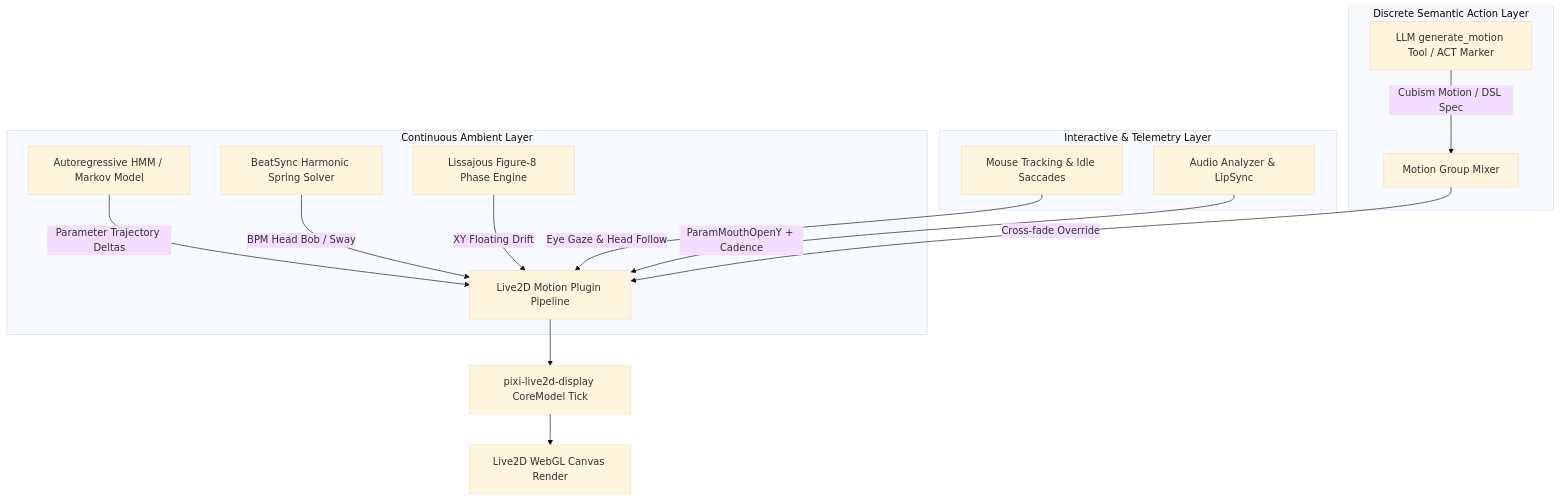
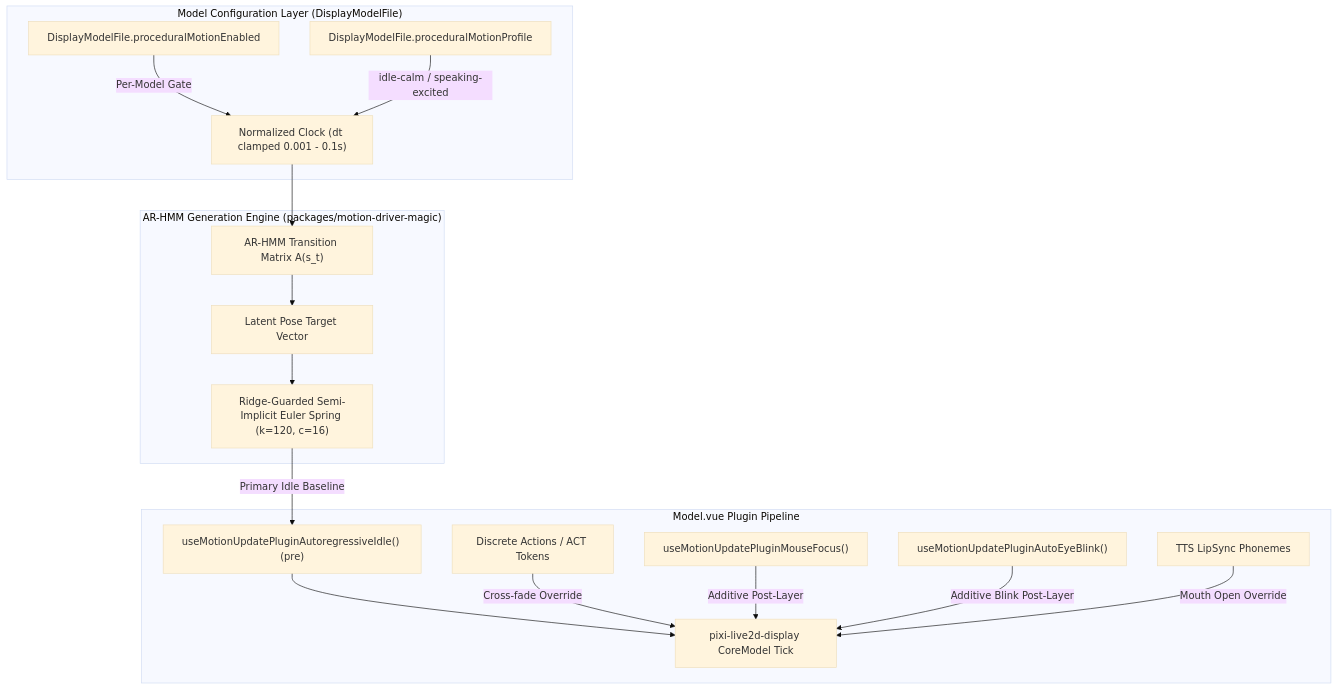
Before and after one commit to 7n1m4/7n1m4: the diagram in docs/design-live2d-autoregressive-motion.md, drawn with Mermaid (base theme). The commit also changed other lines of this file, not shown here.

Commit message:
docs(motion): formalize autoregressive live2d porting strategy and stabilization fixes

````diff
--- a/docs/design-live2d-autoregressive-motion.md
+++ b/docs/design-live2d-autoregressive-motion.md
@@ -31,21 +50,22 @@
 ```mermaid
 graph TD
-    subgraph "Continuous Ambient Layer"
-        A[Autoregressive HMM / Markov Model] -->|Parameter Trajectory Deltas| D[Live2D Motion Plugin Pipeline]
-        B[BeatSync Harmonic Spring Solver] -->|BPM Head Bob / Sway| D
-        C[Lissajous Figure-8 Phase Engine] -->|XY Floating Drift| D
+    subgraph "Model Configuration Layer (DisplayModelFile)"
+        A["DisplayModelFile.proceduralMotionEnabled"] -->|Per-Model Gate| E
+        B["DisplayModelFile.proceduralMotionProfile"] -->|idle-calm / speaking-excited| E
     end
 
-    subgraph "Interactive & Telemetry Layer"
-        E[Mouse Tracking & Idle Saccades] -->|Eye Gaze & Head Follow| D
-        F[Audio Analyzer & LipSync] -->|ParamMouthOpenY + Cadence| D
+    subgraph "AR-HMM Generation Engine (packages/motion-driver-magic)"
+        E["Normalized Clock (dt clamped 0.001 - 0.1s)"] --> F["AR-HMM Transition Matrix A(s_t)"]
+        F --> G["Latent Pose Target Vector"]
+        G --> H["Ridge-Guarded Semi-Implicit Euler Spring (k=120, c=16)"]
     end
 
-    subgraph "Discrete Semantic Action Layer"
-        G[LLM generate_motion Tool / ACT Marker] -->|Cubism Motion / DSL Spec| H[Motion Group Mixer]
-        H -->|Cross-fade Override| D
+    subgraph "Model.vue Plugin Pipeline"
+        H -->|Primary Idle Baseline| I["useMotionUpdatePluginAutoregressiveIdle() (pre)"]
+        I --> J["pixi-live2d-display CoreModel Tick"]
+        K["Discrete Actions / ACT Tokens"] -->|Cross-fade Override| J
+        L["useMotionUpdatePluginMouseFocus()"] -->|Additive Post-Layer| J
+        M["useMotionUpdatePluginAutoEyeBlink()"] -->|Additive Blink Post-Layer| J
+        N["TTS LipSync Phonemes"] -->|Mouth Open Override| J
     end
-
-    D --> I[pixi-live2d-display CoreModel Tick]
-    I --> J[Live2D WebGL Canvas Render]
 ```
````
